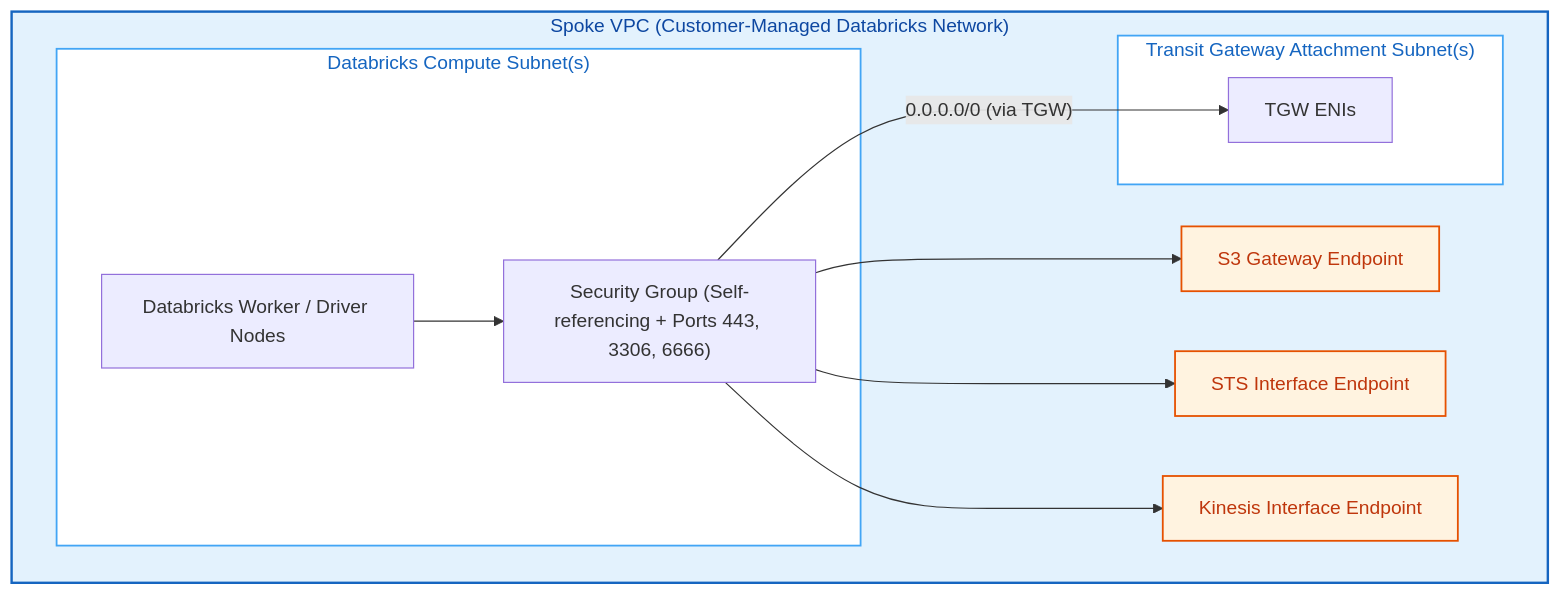
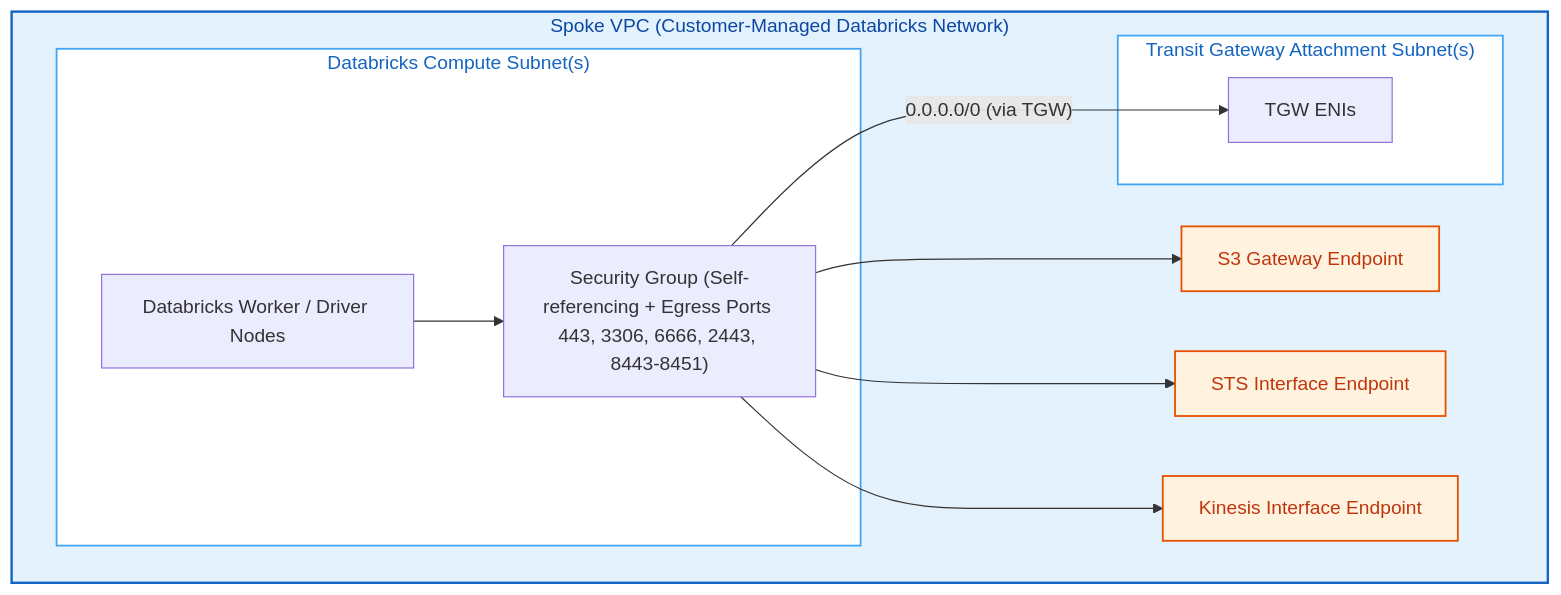
One commit to MikolajSedek/databricks_aws_deployment_01_vpc_networking changed the first of 2 diagrams in modules/01.networking/002.spoke_vpc/README.md. Above: the diagram before and after it, drawn with Mermaid. The commit also changed other lines of this file and 7 other files, not shown here.

````diff
--- a/modules/01.networking/002.spoke_vpc/README.md
+++ b/modules/01.networking/002.spoke_vpc/README.md
@@ -70,30 +72,30 @@
 ```mermaid
 flowchart TD
     classDef vpc fill:#E3F2FD,stroke:#1565C0,stroke-width:2px,color:#0D47A1;
     classDef subnet fill:#FFFFFF,stroke:#42A5F5,stroke-width:1.5px,color:#1565C0;
     classDef endpoint fill:#FFF3E0,stroke:#E65100,stroke-width:1.5px,color:#BF360C;
 
     subgraph SpokeVPC ["Spoke VPC (Customer-Managed Databricks Network)"]
         subgraph ComputeSubnets ["Databricks Compute Subnet(s)"]
             Clusters["Databricks Worker / Driver Nodes"]
-            SG["Security Group (Self-referencing + Ports 443, 3306, 6666)"]
+            SG["Security Group (Self-referencing + Egress Ports 443, 3306, 6666, 2443, 8443-8451)"]
         end
 
         subgraph TGWSubnets ["Transit Gateway Attachment Subnet(s)"]
             TGWAttachment["TGW ENIs"]
         end
 
         S3GW["S3 Gateway Endpoint"]:::endpoint
         STSEP["STS Interface Endpoint"]:::endpoint
         KinesisEP["Kinesis Interface Endpoint"]:::endpoint
     end
     class SpokeVPC vpc;
     class ComputeSubnets subnet;
     class TGWSubnets subnet;
 
     Clusters --> SG
     SG --> S3GW
     SG --> STSEP
     SG --> KinesisEP
     SG -->|"0.0.0.0/0 (via TGW)"| TGWAttachment
 ```
````
